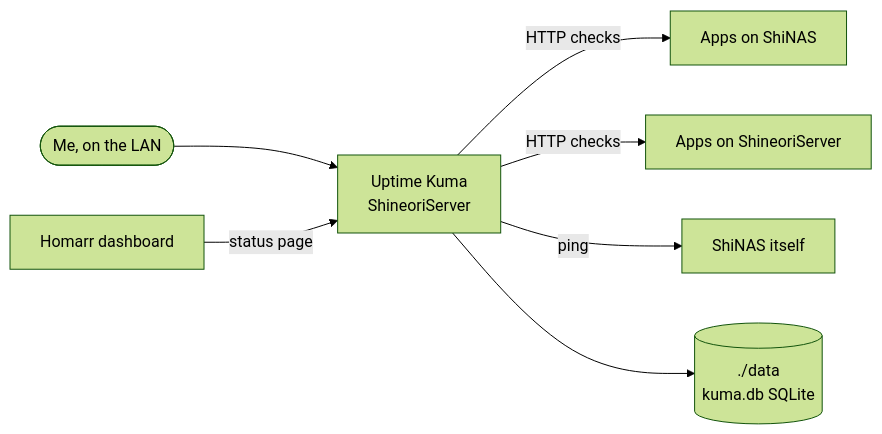
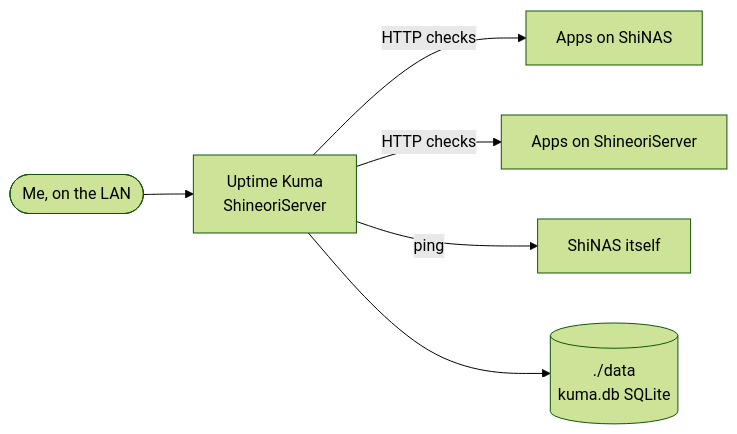
The diagram in docs/services/uptime-kuma.md (Shineori/homelab), drawn with Mermaid (forest theme) before and after one commit. The commit also changed other lines of this file and 12 other files, not shown here.

````diff
--- a/docs/services/uptime-kuma.md
+++ b/docs/services/uptime-kuma.md
@@ -23,9 +23,8 @@
 ```mermaid
 flowchart LR
     me([Me, on the LAN]) --> kuma[Uptime Kuma<br/>ShineoriServer]
     kuma -- HTTP checks --> nas[Apps on ShiNAS]
     kuma -- HTTP checks --> laptop[Apps on ShineoriServer]
     kuma -- ping --> host[ShiNAS itself]
     kuma --> db[(./data<br/>kuma.db SQLite)]
-    homarr[Homarr dashboard] -- status page --> kuma
 ```
````
